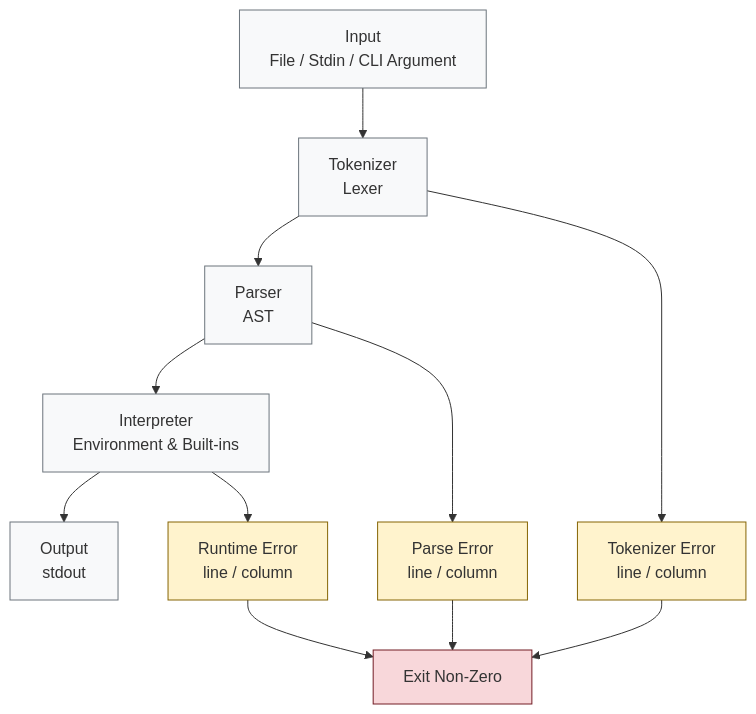
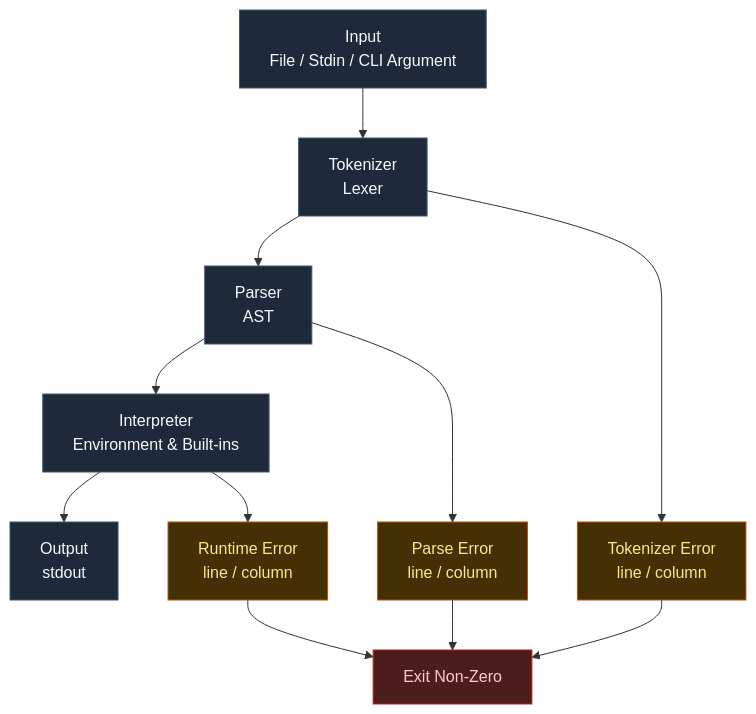
The diagram in README.md (vishwaraj14/Js-interpreter), drawn with Mermaid before and after one commit.

Commit message:
Update styles in README for better visibility

````diff
--- a/README.md
+++ b/README.md
@@ -27,25 +27,26 @@
 ```mermaid
 flowchart TD
     A[Input<br/>File / Stdin / CLI Argument] --> B[Tokenizer<br/>Lexer]
     B --> C[Parser<br/>AST]
     C --> D[Interpreter<br/>Environment & Built-ins]
     D --> E[Output<br/>stdout]
 
     B --> F[Tokenizer Error<br/>line / column]
     C --> G[Parse Error<br/>line / column]
     D --> H[Runtime Error<br/>line / column]
 
     F --> I[Exit Non-Zero]
     G --> I
     H --> I
 
-    style A fill:#f8f9fa,stroke:#6c757d,stroke-width:1px
-    style B fill:#f8f9fa,stroke:#6c757d,stroke-width:1px
-    style C fill:#f8f9fa,stroke:#6c757d,stroke-width:1px
-    style D fill:#f8f9fa,stroke:#6c757d,stroke-width:1px
-    style E fill:#f8f9fa,stroke:#6c757d,stroke-width:1px
-    style F fill:#fff3cd,stroke:#856404,stroke-width:1px
-    style G fill:#fff3cd,stroke:#856404,stroke-width:1px
-    style H fill:#fff3cd,stroke:#856404,stroke-width:1px
-    style I fill:#f8d7da,stroke:#721c24,stroke-width:1px
+    style A fill:#1e293b,stroke:#475569,stroke-width:1px,color:#f8fafc
+    style B fill:#1e293b,stroke:#475569,stroke-width:1px,color:#f8fafc
+    style C fill:#1e293b,stroke:#475569,stroke-width:1px,color:#f8fafc
+    style D fill:#1e293b,stroke:#475569,stroke-width:1px,color:#f8fafc
+    style E fill:#1e293b,stroke:#475569,stroke-width:1px,color:#f8fafc
+    style F fill:#453006,stroke:#b45309,stroke-width:1px,color:#fde68a
+    style G fill:#453006,stroke:#b45309,stroke-width:1px,color:#fde68a
+    style H fill:#453006,stroke:#b45309,stroke-width:1px,color:#fde68a
+    style I fill:#4c1d1d,stroke:#b91c1c,stroke-width:1px,color:#fecaca
+
 ```
````
